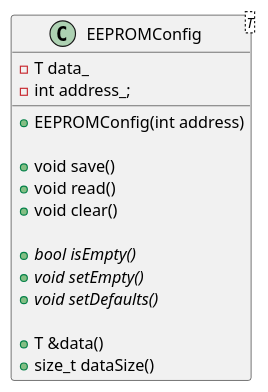
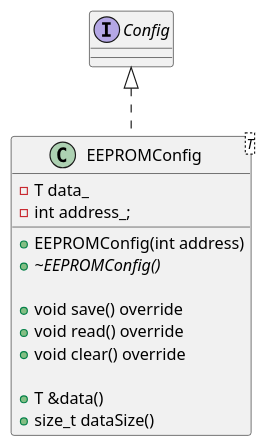
The second of 4 diagrams in docs/README.md (damiandrzewicz/iots-rf-core-lib), drawn with PlantUML before and after one commit. The commit also changed other lines of this file and 2 other files, not shown here.

Commit message:
Config base class & EEPROM config refactor

```diff
--- a/docs/README.md
+++ b/docs/README.md
@@ -64,19 +82,19 @@
 @startuml
 class EEPROMConfig<T> {
   +EEPROMConfig(int address)
+  +{abstract} ~EEPROMConfig()
 
-  +void save()
-  +void read()
-  +void clear()
-
-  +{abstract} bool isEmpty()
-  +{abstract} void setEmpty()
-  +{abstract} void setDefaults()
+  +void save() override
+  +void read() override
+  +void clear() override
 
   +T &data()
   +size_t dataSize()
 
   -T data_
   -int address_;
 }
+
+interface Config{}
+class EEPROMConfig<T> implements Config
 @enduml
```
